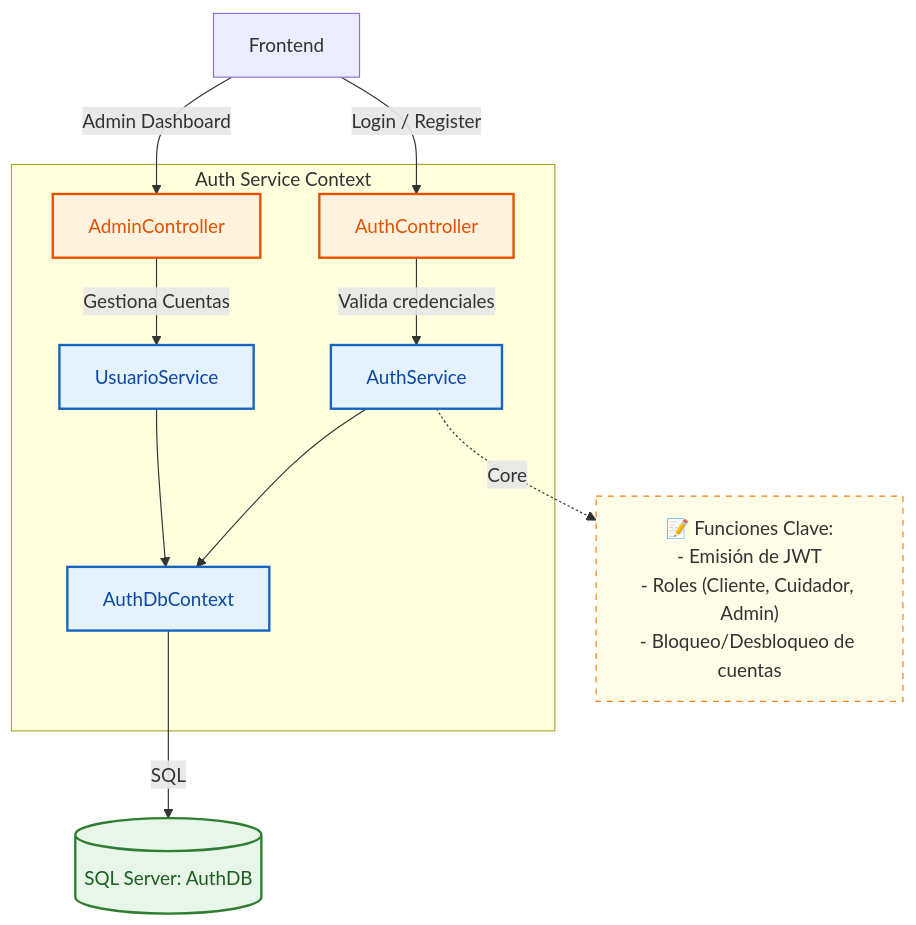
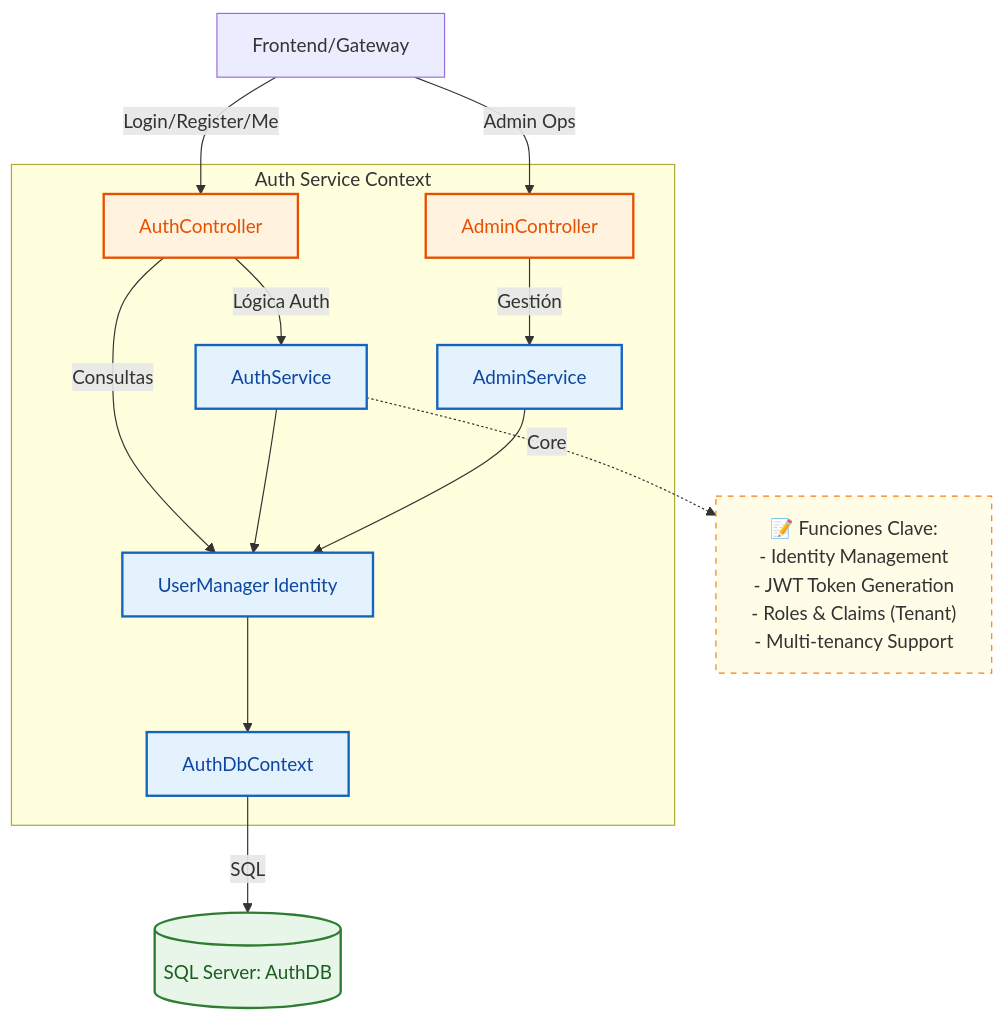
One commit to WooshC/PetCare-DSS changed the diagram in backend/auth-service/README.md. Above: the diagram before and after it, drawn with Mermaid. The commit also changed other lines of this file and 4 other files, not shown here.

````diff
--- a/backend/auth-service/README.md
+++ b/backend/auth-service/README.md
@@ -9,40 +9,45 @@
 ```mermaid
 graph TD
     %% Nodos externos
-    User[Frontend]
+    User[Frontend/Gateway]
     DB[(SQL Server: AuthDB)]
     
     subgraph "Auth Service Context"
         AuthController[AuthController]
         AdminController[AdminController]
         AuthService[AuthService]
-        AdminService[UsuarioService]
+        AdminService[AdminService]
+        UserManager[UserManager Identity]
         Repo[AuthDbContext]
     end
 
     %% Relaciones
-    User -->|Login / Register| AuthController
-    User -->|Admin Dashboard| AdminController
+    User -->|Login/Register/Me| AuthController
+    User -->|Admin Ops| AdminController
     
-    AuthController -->|Valida credenciales| AuthService
-    AdminController -->|Gestiona Cuentas| AdminService
+    AuthController -->|Lógica Auth| AuthService
+    AuthController -->|Consultas| UserManager
     
-    AuthService --> Repo
-    AdminService --> Repo
+    AdminController -->|Gestión| AdminService
+    
+    AuthService --> UserManager
+    AdminService --> UserManager
+    
+    UserManager --> Repo
     Repo -->|SQL| DB
 
     %% Nota como nodo
-    ServiceNote["📝 Funciones Clave:<br/>- Emisión de JWT<br/>- Roles (Cliente, Cuidador, Admin)<br/>- Bloqueo/Desbloqueo de cuentas"]
+    ServiceNote["📝 Funciones Clave:<br/>- Identity Management<br/>- JWT Token Generation<br/>- Roles & Claims (Tenant)<br/>- Multi-tenancy Support"]
     AuthService -.->|Core| ServiceNote
 
     %% Estilos
     classDef component fill:#e3f2fd,stroke:#1565c0,stroke-width:2px,color:#0d47a1
     classDef db fill:#e8f5e9,stroke:#2e7d32,stroke-width:2px,color:#1b5e20
     classDef api fill:#fff3e0,stroke:#e65100,stroke-width:2px,color:#e65100
     classDef note fill:#fffde7,stroke:#f57f17,stroke-width:1px,stroke-dasharray: 5 5,color:#333
 
     class AuthController,AdminController api
-    class AuthService,AdminService,Repo component
+    class AuthService,AdminService,UserManager,Repo component
     class DB db
     class ServiceNote note
 ```
````
